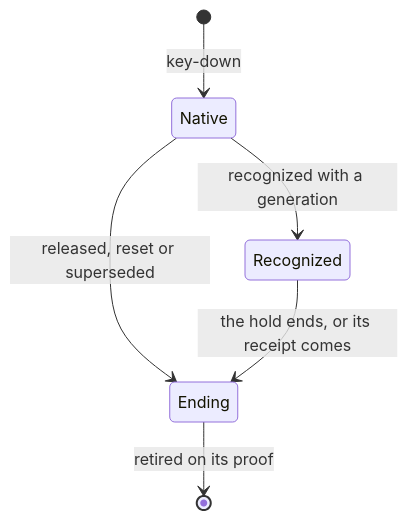
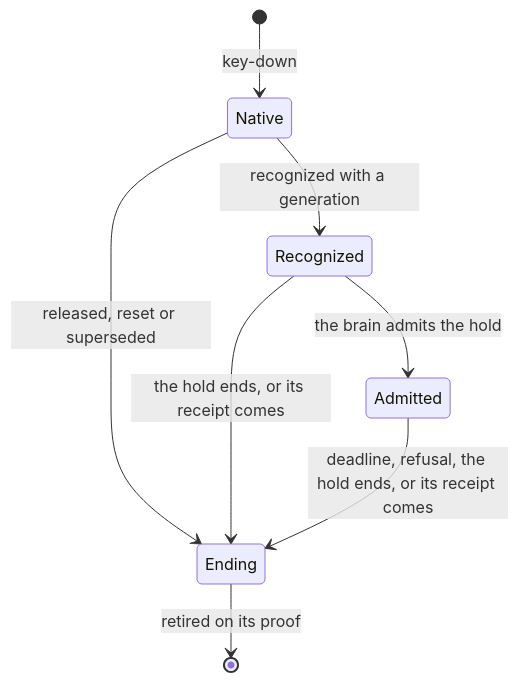
Diagram 11 of 12 in docs/development/voice.md (labcoder/capsula), drawn with Mermaid before and after one commit. The commit also changed other lines of this file and 8 other files, not shown here.

First line of the commit message:
feat(presence): wait for an admitted hold's quiet output before the microphone

````diff
--- a/docs/development/voice.md
+++ b/docs/development/voice.md
@@ -970,8 +970,10 @@
 ```mermaid
 stateDiagram-v2
     [*] --> Native: key-down
     Native --> Recognized: recognized with a generation
     Native --> Ending: released, reset or superseded
+    Recognized --> Admitted: the brain admits the hold
     Recognized --> Ending: the hold ends, or its receipt comes
+    Admitted --> Ending: deadline, refusal, the hold ends, or its receipt comes
     Ending --> [*]: retired on its proof
 ```
````
